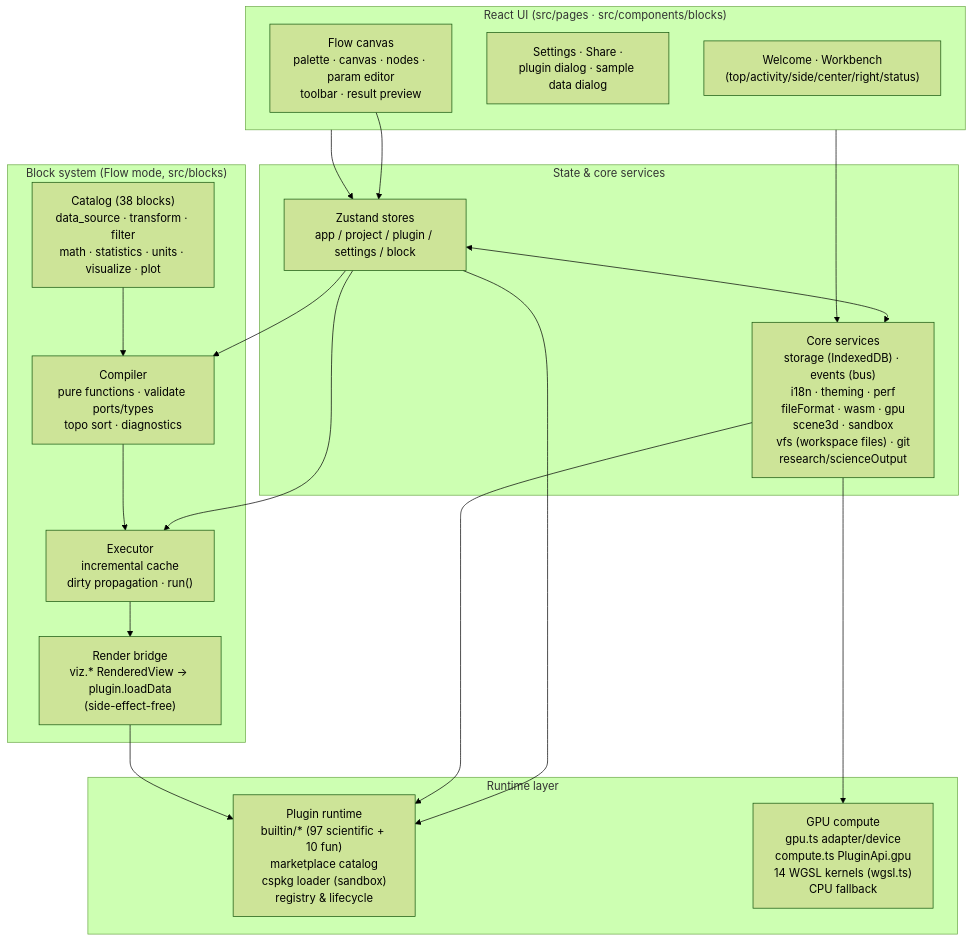
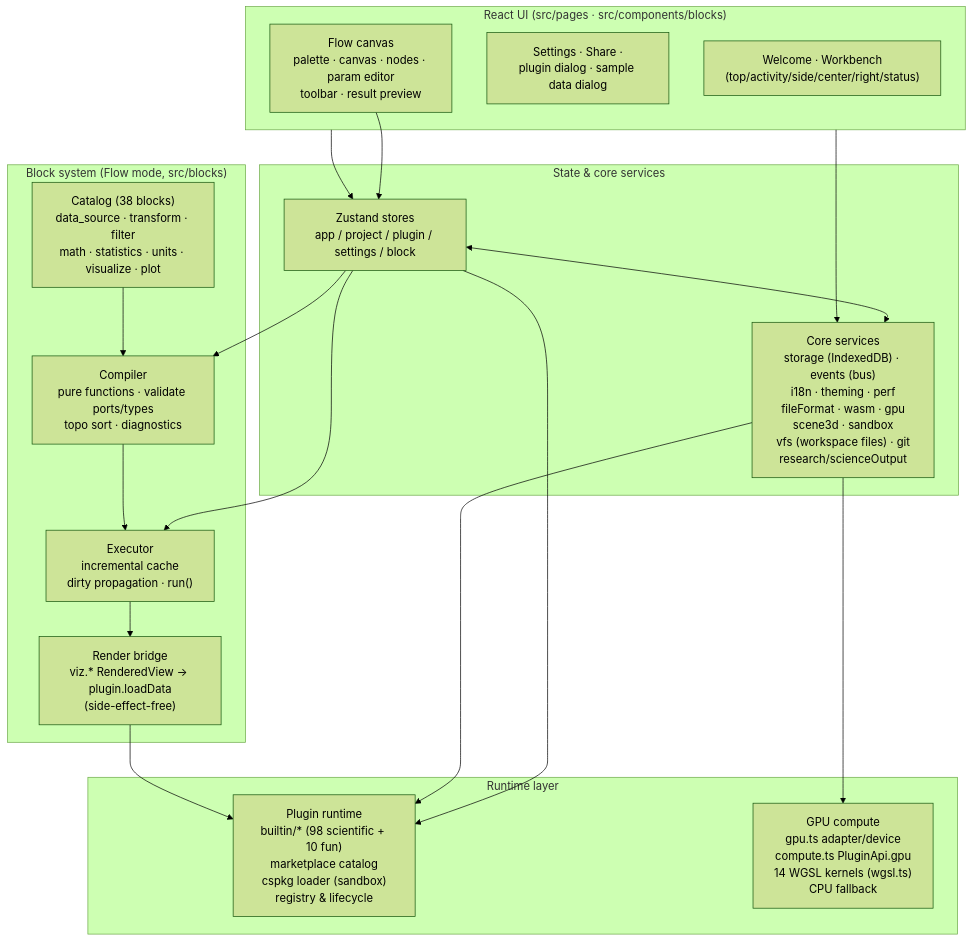
One commit to SnowLeopard-io/ErgalicsStudio changed the diagram in README.md. Above: the diagram before and after it, drawn with Mermaid (forest theme). The commit also changed other lines of this file and 2 other files, not shown here.

````diff
--- a/README.md
+++ b/README.md
@@ -191,39 +192,39 @@
 ```mermaid
 flowchart TB
     subgraph UI["React UI (src/pages · src/components/blocks)"]
         A1["Welcome · Workbench<br/>(top/activity/side/center/right/status)"]
         A2["Settings · Share ·<br/>plugin dialog · sample data dialog"]
         A3["Flow canvas<br/>palette · canvas · nodes · param editor<br/>toolbar · result preview"]
     end
 
     subgraph State["State & core services"]
         B1["Zustand stores<br/>app / project / plugin / settings / block"]
         B2["Core services<br/>storage (IndexedDB) · events (bus)<br/>i18n · theming · perf<br/>fileFormat · wasm · gpu<br/>scene3d · sandbox<br/>vfs (workspace files) · git<br/>research/scienceOutput"]
     end
 
     subgraph Blocks["Block system (Flow mode, src/blocks)"]
         D1["Catalog (38 blocks)<br/>data_source · transform · filter<br/>math · statistics · units · visualize · plot"]
         D2["Compiler<br/>pure functions · validate ports/types<br/>topo sort · diagnostics"]
         D3["Executor<br/>incremental cache<br/>dirty propagation · run()"]
         D4["Render bridge<br/>viz.* RenderedView → plugin.loadData<br/>(side-effect-free)"]
     end
 
     subgraph Runtime["Runtime layer"]
-        C1["Plugin runtime<br/>builtin/* (97 scientific + 10 fun)<br/>marketplace catalog<br/>cspkg loader (sandbox)<br/>registry & lifecycle"]
+        C1["Plugin runtime<br/>builtin/* (98 scientific + 10 fun)<br/>marketplace catalog<br/>cspkg loader (sandbox)<br/>registry & lifecycle"]
         C2["GPU compute<br/>gpu.ts adapter/device<br/>compute.ts PluginApi.gpu<br/>14 WGSL kernels (wgsl.ts)<br/>CPU fallback"]
     end
 
     UI --> B1
     UI --> B2
     B1 <--> B2
     B1 --> C1
     B2 --> C1
     B2 --> C2
     A3 --> B1
     B1 --> D2
     B1 --> D3
     D2 --> D3
     D1 --> D2
     D3 --> D4
     D4 --> C1
 ```
````
